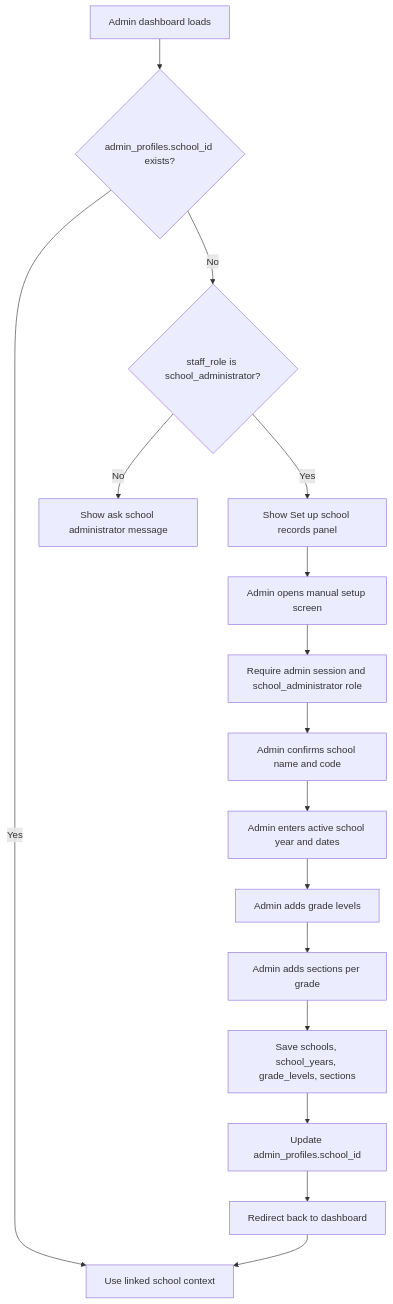
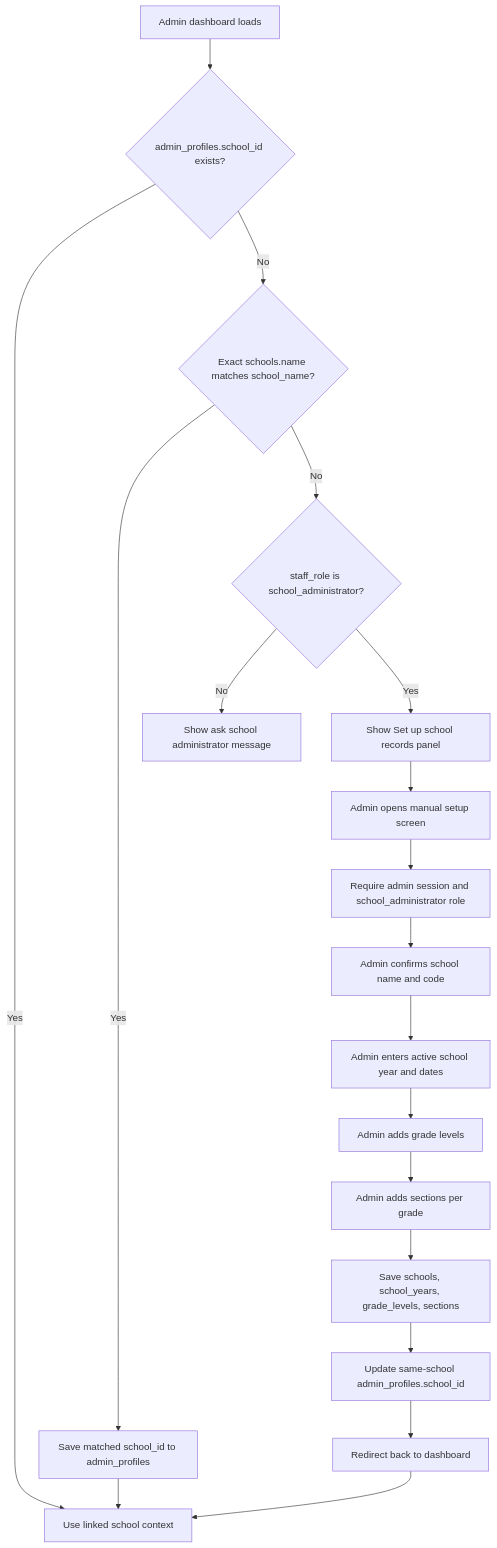
One commit to Xeyn19/xmetapay changed the fourth of 14 diagrams in docs/PROJECT_FLOWCHARTS.md. Above: the diagram before and after it, drawn with Mermaid. The commit also changed other lines of this file and 15 other files, not shown here.

````diff
--- a/docs/PROJECT_FLOWCHARTS.md
+++ b/docs/PROJECT_FLOWCHARTS.md
@@ -140,18 +140,21 @@
 ```mermaid
 flowchart TD
   A["Admin dashboard loads"] --> B{"admin_profiles.school_id exists?"}
   B -->|Yes| C["Use linked school context"]
-  B -->|No| D{"staff_role is school_administrator?"}
-  D -->|No| E["Show ask school administrator message"]
-  D -->|Yes| F["Show Set up school records panel"]
-  F --> G["Admin opens manual setup screen"]
-  G --> H["Require admin session and school_administrator role"]
-  H --> I["Admin confirms school name and code"]
-  I --> J["Admin enters active school year and dates"]
-  J --> K["Admin adds grade levels"]
-  K --> L["Admin adds sections per grade"]
-  L --> M["Save schools, school_years, grade_levels, sections"]
-  M --> N["Update admin_profiles.school_id"]
-  N --> O["Redirect back to dashboard"]
-  O --> C
+  B -->|No| D{"Exact schools.name matches school_name?"}
+  D -->|Yes| E["Save matched school_id to admin_profiles"]
+  E --> C
+  D -->|No| F{"staff_role is school_administrator?"}
+  F -->|No| G["Show ask school administrator message"]
+  F -->|Yes| H["Show Set up school records panel"]
+  H --> I["Admin opens manual setup screen"]
+  I --> J["Require admin session and school_administrator role"]
+  J --> K["Admin confirms school name and code"]
+  K --> L["Admin enters active school year and dates"]
+  L --> M["Admin adds grade levels"]
+  M --> N["Admin adds sections per grade"]
+  N --> O["Save schools, school_years, grade_levels, sections"]
+  O --> P["Update same-school admin_profiles.school_id"]
+  P --> Q["Redirect back to dashboard"]
+  Q --> C
 ```
````
